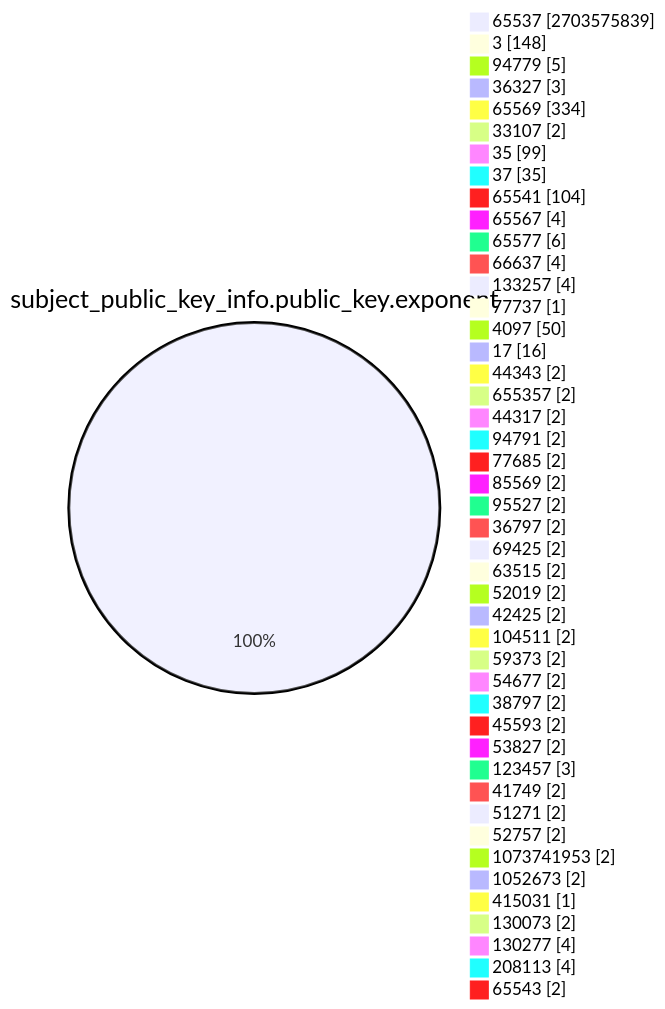
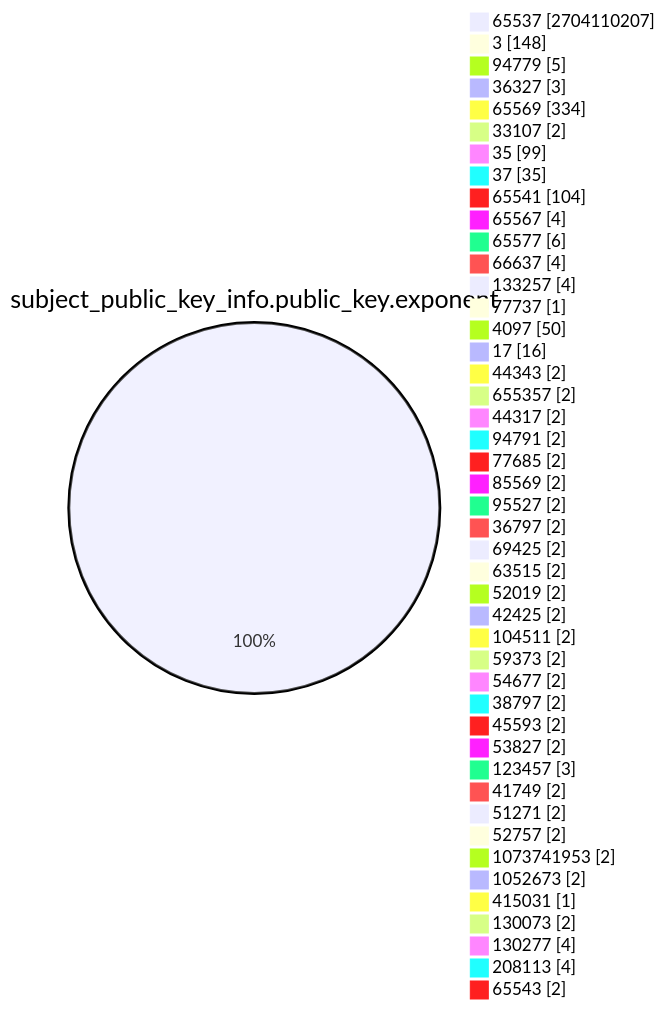
Before and after one commit to christiankrug/ctmonitor_visualization: the fourth of 15 diagrams in TOTAL/README.md, drawn with Mermaid. The commit also changed other lines of this file, not shown here.

````diff
--- a/TOTAL/README.md
+++ b/TOTAL/README.md
@@ -1467,49 +1467,49 @@
 ```mermaid
 pie showData
 title subject_public_key_info.public_key.exponent
-"65537" :2703575839
+"65537" :2704110207
 "3" :148
 "94779" :5
 "36327" :3
 "65569" :334
 "33107" :2
 "35" :99
 "37" :35
 "65541" :104
 "65567" :4
 "65577" :6
 "66637" :4
 "133257" :4
 "77737" :1
 "4097" :50
 "17" :16
 "44343" :2
 "655357" :2
 "44317" :2
 "94791" :2
 "77685" :2
 "85569" :2
 "95527" :2
 "36797" :2
 "69425" :2
 "63515" :2
 "52019" :2
 "42425" :2
 "104511" :2
 "59373" :2
 "54677" :2
 "38797" :2
 "45593" :2
 "53827" :2
 "123457" :3
 "41749" :2
 "51271" :2
 "52757" :2
 "1073741953" :2
 "1052673" :2
 "415031" :1
 "130073" :2
 "130277" :4
 "208113" :4
 "65543" :2
 ```
````
